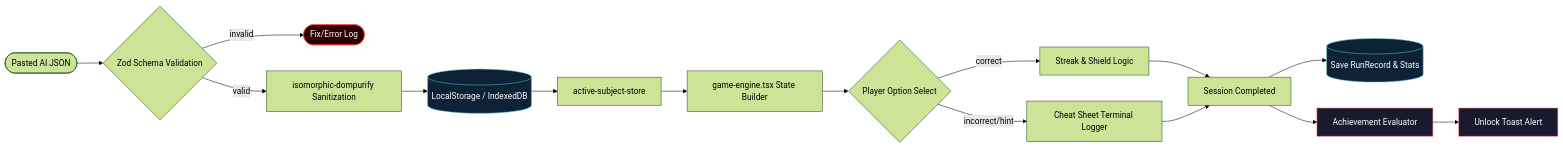
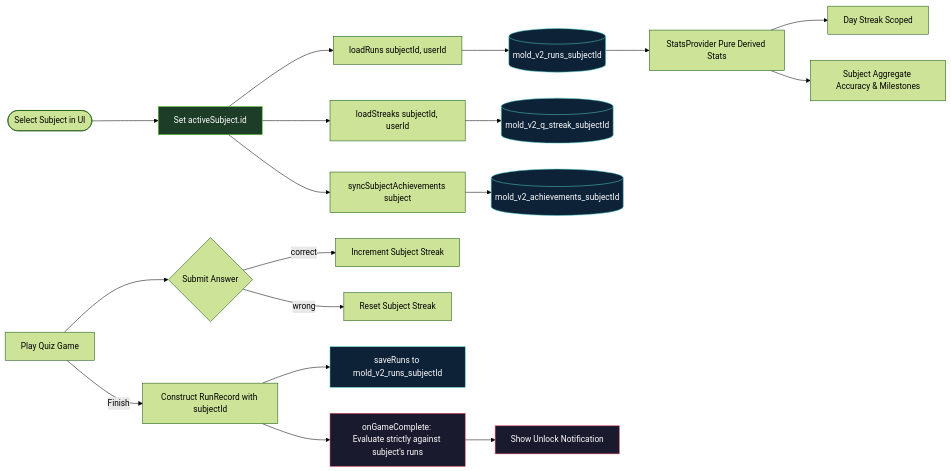
Before and after one commit to AhmedNasser-bug/finals-qb: the diagram in docs/architecture/data-flow.md, drawn with Mermaid (forest theme). The commit also changed other lines of this file and 11 other files, not shown here.

Commit message:
feat(subject): add Human-Computer Interaction server-side subject and enforce subject-scoped storage

````diff
--- a/docs/architecture/data-flow.md
+++ b/docs/architecture/data-flow.md
@@ -7,24 +7,29 @@
 ```mermaid
 flowchart LR
   classDef async fill:#1a1a2e,stroke:#e94560,color:#fff
   classDef error fill:#2d0000,stroke:#ff4444,color:#fff
   classDef store fill:#0d2137,stroke:#4ecdc4,color:#fff
+  classDef scope fill:#1e3d29,stroke:#52c41a,color:#fff
 
-  JSON_Input([Pasted AI JSON]) --> SchemaValidate{Zod Schema Validation}
-  SchemaValidate -->|invalid| ErrReport([Fix/Error Log]):::error
-  SchemaValidate -->|valid| Sanitizer[isomorphic-dompurify Sanitization]
-  Sanitizer --> DB_Store[(LocalStorage / IndexedDB)]:::store
+  SubjSelect([Select Subject in UI]) --> ScopeSwitch[Set activeSubject.id]:::scope
+  ScopeSwitch --> LoadSubjRuns[loadRuns subjectId, userId]
+  ScopeSwitch --> LoadSubjStreaks[loadStreaks subjectId, userId]
+  ScopeSwitch --> SyncSubjAchievements[syncSubjectAchievements subject]
 
-  DB_Store --> SubjectStore[active-subject-store]
-  SubjectStore --> GameEngine[game-engine.tsx State Builder]
+  LoadSubjRuns --> SubjRunsStore[(mold_v2_runs_subjectId)]:::store
+  LoadSubjStreaks --> SubjStreakStore[(mold_v2_q_streak_subjectId)]:::store
+  SyncSubjAchievements --> SubjAchStore[(mold_v2_achievements_subjectId)]:::store
+
+  SubjRunsStore --> StatsContext[StatsProvider Pure Derived Stats]
+  StatsContext --> DayStreak[Day Streak Scoped]
+  StatsContext --> SubjectAgg[Subject Aggregate Accuracy & Milestones]
+
+  GameRun[Play Quiz Game] --> AnswerSubmit{Submit Answer}
+  AnswerSubmit -->|correct| IncStreak[Increment Subject Streak]
+  AnswerSubmit -->|wrong| ResetStreak[Reset Subject Streak]
   
-  GameEngine --> PlayerAnswer{Player Option Select}
-  PlayerAnswer -->|correct| StreakIncrement[Streak & Shield Logic]
-  PlayerAnswer -->|incorrect/hint| StudyDeck[Cheat Sheet Terminal Logger]
-  
-  StreakIncrement --> RunRecorder[Session Completed]
-  StudyDeck --> RunRecorder
-  RunRecorder --> RecordPersist[(Save RunRecord & Stats)]:::store
-  RunRecorder --> AchievementEval[Achievement Evaluator]:::async
-  AchievementEval --> ShowToast[Unlock Toast Alert]:::async
+  GameRun -->|Finish| RunRecordGen[Construct RunRecord with subjectId]
+  RunRecordGen --> SaveRun[saveRuns to mold_v2_runs_subjectId]:::store
+  RunRecordGen --> AchCheck[onGameComplete: Evaluate strictly against subject's runs]:::async
+  AchCheck --> AchUnlockToast[Show Unlock Notification]:::async
 ```
````
